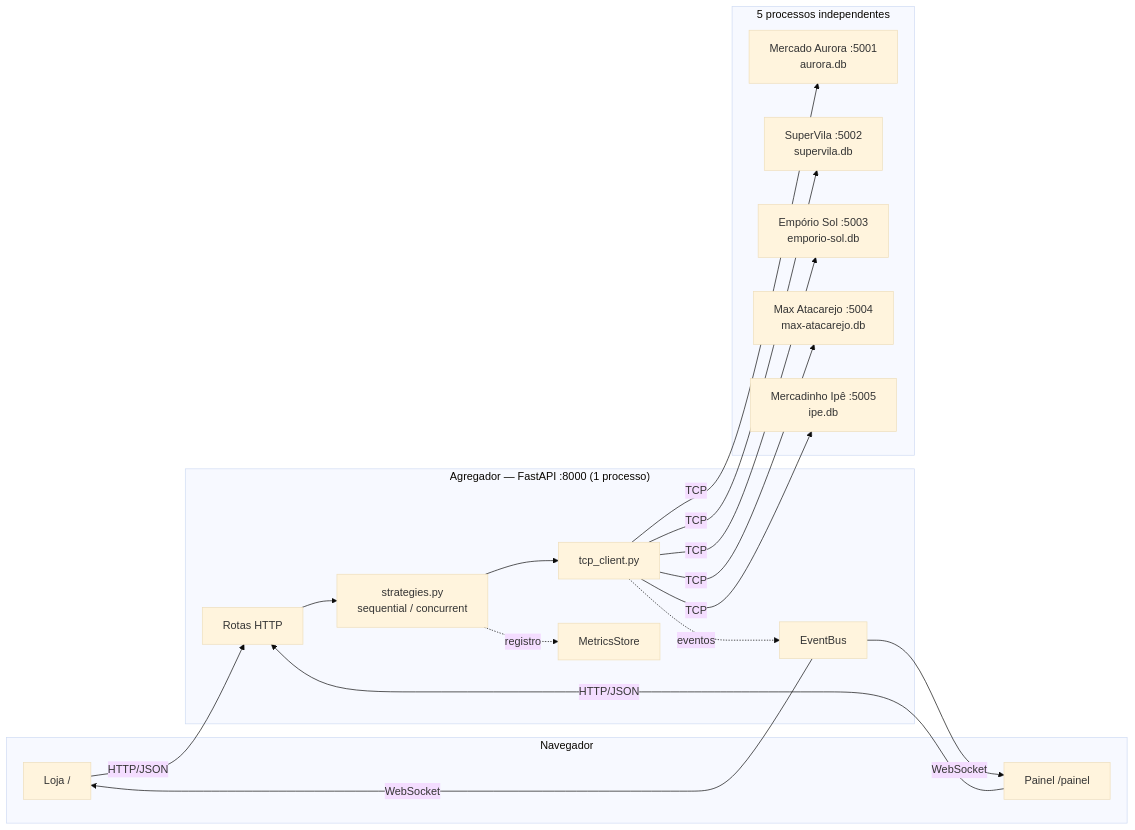
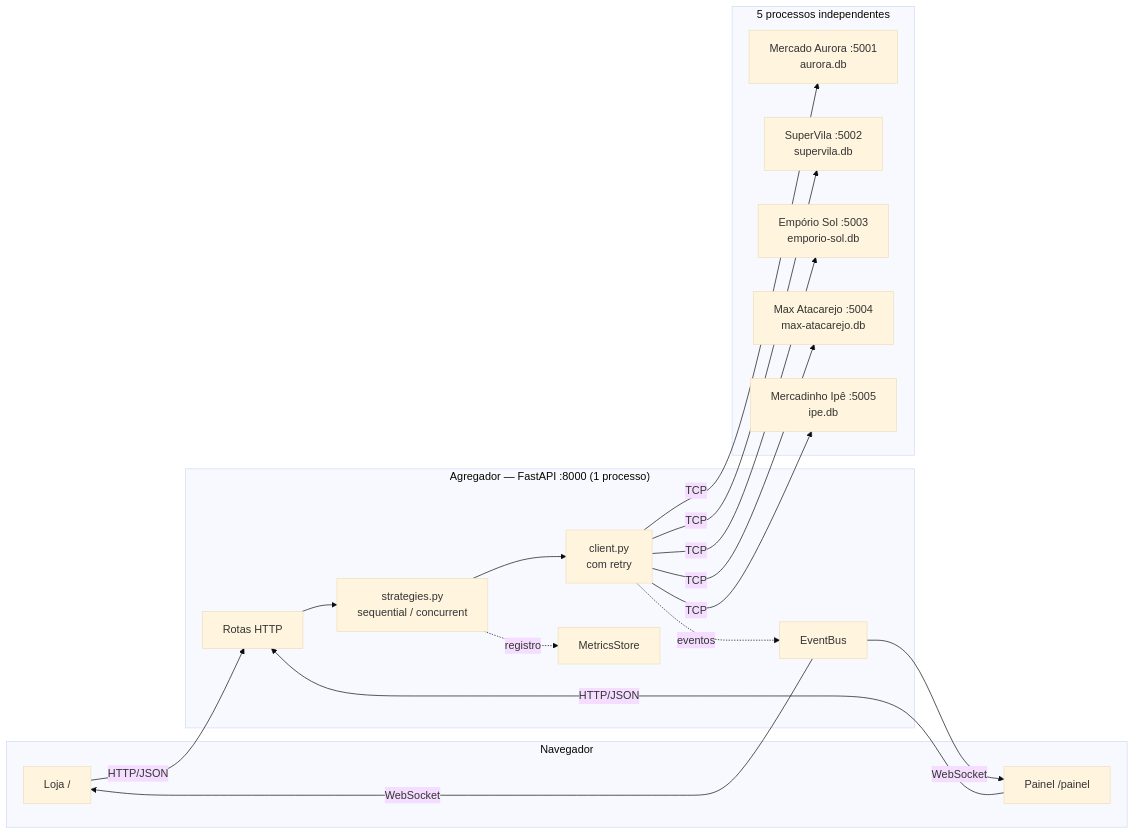
The first of 3 diagrams in docs/arquitetura.md (coelhomarcus/market-sync), drawn with Mermaid (base theme) before and after one commit. The commit also changed other lines of this file and 39 other files, not shown here.

````diff
--- a/docs/arquitetura.md
+++ b/docs/arquitetura.md
@@ -5,30 +5,30 @@
 ```mermaid
 flowchart LR
     subgraph Navegador
         L[Loja /]
         P[Painel /painel]
     end
     subgraph Agregador["Agregador — FastAPI :8000 (1 processo)"]
         R[Rotas HTTP]
         S[strategies.py<br/>sequential / concurrent]
-        T[tcp_client.py]
+        T[client.py<br/>com retry]
         E[EventBus]
         MS[MetricsStore]
     end
     subgraph Mercados["5 processos independentes"]
         M1[Mercado Aurora :5001<br/>aurora.db]
         M2[SuperVila :5002<br/>supervila.db]
         M3[Empório Sol :5003<br/>emporio-sol.db]
         M4[Max Atacarejo :5004<br/>max-atacarejo.db]
         M5[Mercadinho Ipê :5005<br/>ipe.db]
     end
 
     L -- HTTP/JSON --> R
     P -- HTTP/JSON --> R
     R --> S --> T
     T -- TCP --> M1 & M2 & M3 & M4 & M5
     T -. eventos .-> E
     S -. registro .-> MS
     E -- WebSocket --> P
     E -- WebSocket --> L
 ```
````
